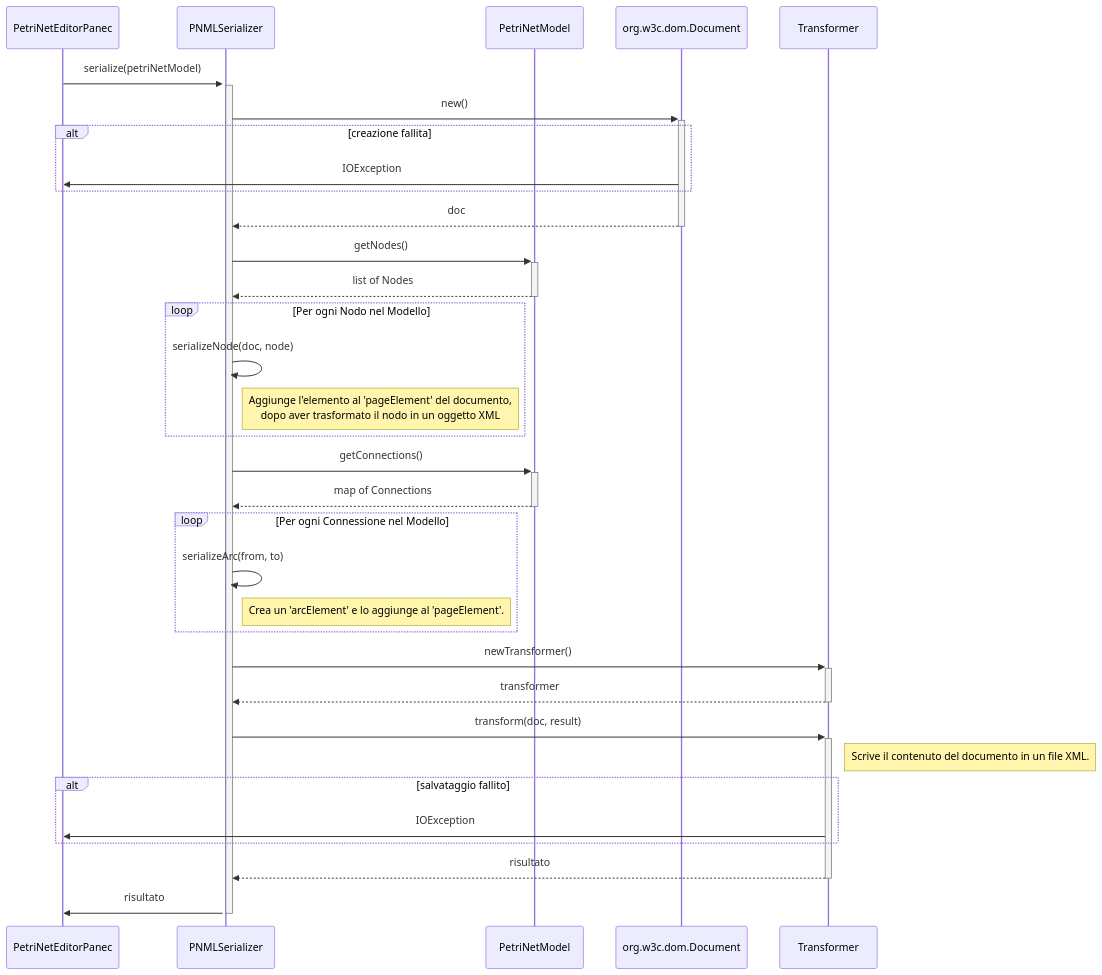
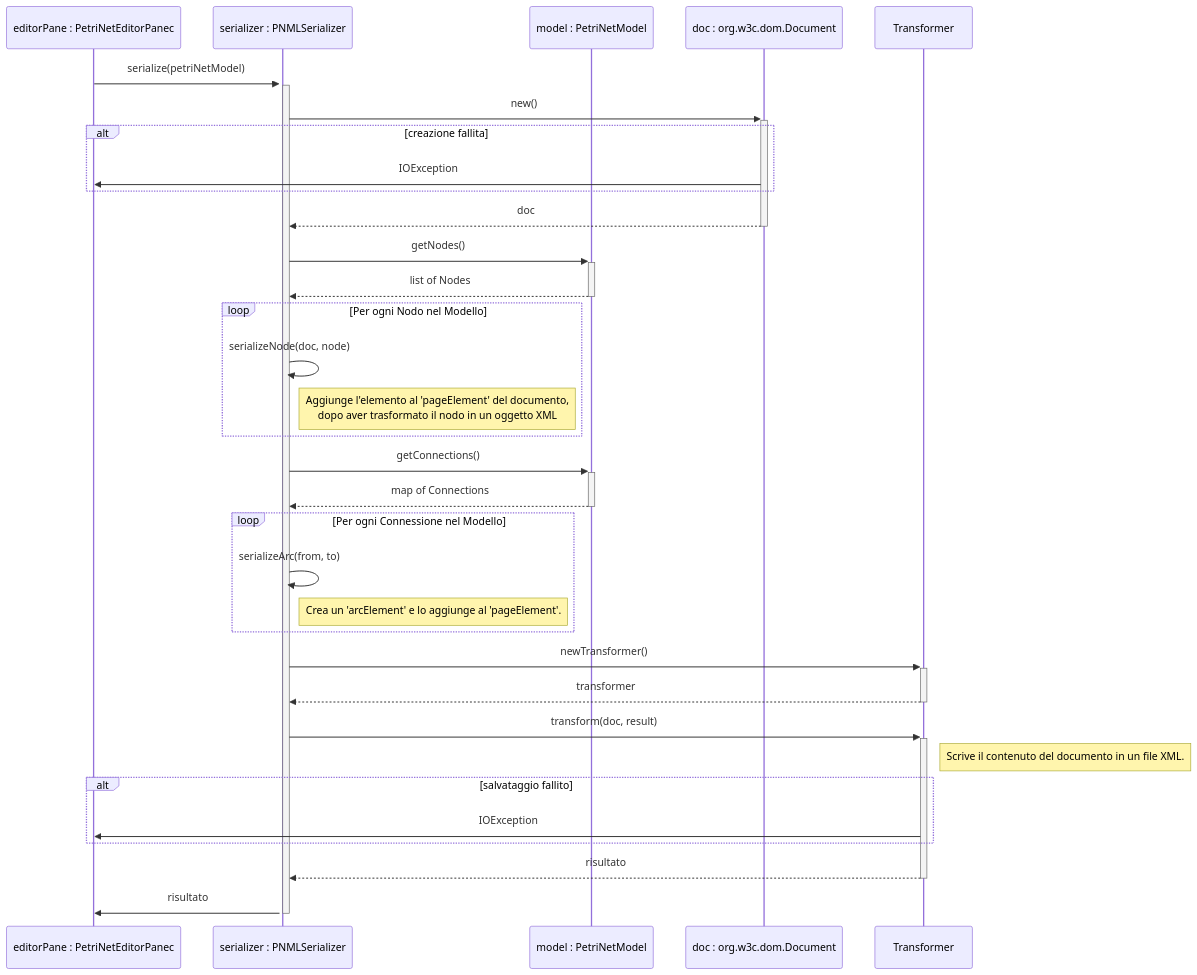
Before and after one commit to alessio-vivaldelli/PetriHub: the diagram in docs/petri-net/sequence diagram/PNMLSerializer.mmd, drawn with Mermaid. The commit also changed 7 other files, not shown here.

Commit message:
refactor sequence diagrams to improve participant naming for clarity and consistency

```diff
--- a/docs/petri-net/sequence diagram/PNMLSerializer.mmd
+++ b/docs/petri-net/sequence diagram/PNMLSerializer.mmd
@@ -1,39 +1,39 @@
 sequenceDiagram
-    participant Caller as PetriNetEditorPanec
-    participant Serializer as PNMLSerializer
-    participant Model as PetriNetModel
-    participant Document as org.w3c.dom.Document
+    participant Caller as editorPane : PetriNetEditorPanec
+    participant Serializer as serializer : PNMLSerializer
+    participant Model as model : PetriNetModel
+    participant Document as doc : org.w3c.dom.Document
     participant Transformer
     Caller ->>+ Serializer: serialize(petriNetModel)
     activate Serializer
     Serializer ->>+ Document: new()
     alt creazione fallita
         Document ->> Caller: IOException
     end
     Document -->>- Serializer: doc
     Serializer ->>+ Model: getNodes()
     Model -->>- Serializer: list of Nodes
 
     loop Per ogni Nodo nel Modello
         Serializer ->> Serializer: serializeNode(doc, node)
         Note right of Serializer: Aggiunge l'elemento al 'pageElement' del documento,<br>dopo aver trasformato il nodo in un oggetto XML
     end
 
     Serializer ->>+ Model: getConnections()
     Model -->>- Serializer: map of Connections
 
     loop Per ogni Connessione nel Modello
         Serializer ->> Serializer: serializeArc(from, to)
         Note right of Serializer: Crea un 'arcElement' e lo aggiunge al 'pageElement'.
     end
 
     Serializer ->>+ Transformer: newTransformer()
     Transformer -->>- Serializer: transformer
     Serializer ->>+ Transformer: transform(doc, result)
     Note right of Transformer: Scrive il contenuto del documento in un file XML.
     alt salvataggio fallito
         Transformer ->> Caller: IOException
     end
     Transformer -->>- Serializer: risultato
     Serializer ->> Caller: risultato
     deactivate Serializer
```
